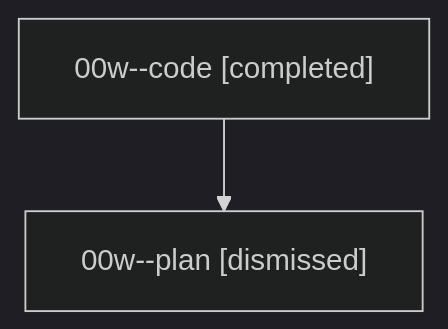
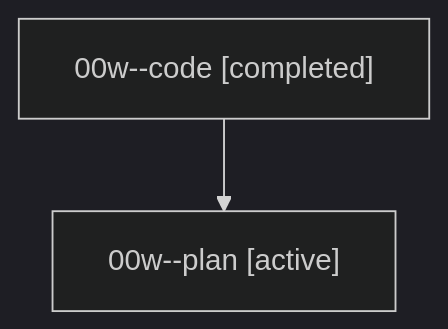
The diagram in families/bbugyi200.athena.00w.md (bobs-org/bob-cli--agents), drawn with Mermaid (dark theme) before and after one commit. The commit also changed other lines of this file and 1279 other files, not shown here.

````diff
--- a/families/bbugyi200.athena.00w.md
+++ b/families/bbugyi200.athena.00w.md
@@ -9,6 +9,6 @@
 ```mermaid
 flowchart TD
   n0["00w--code [completed]"]
-  n1["00w--plan [dismissed]"]
+  n1["00w--plan [active]"]
   n0 --> n1
 ```
````
